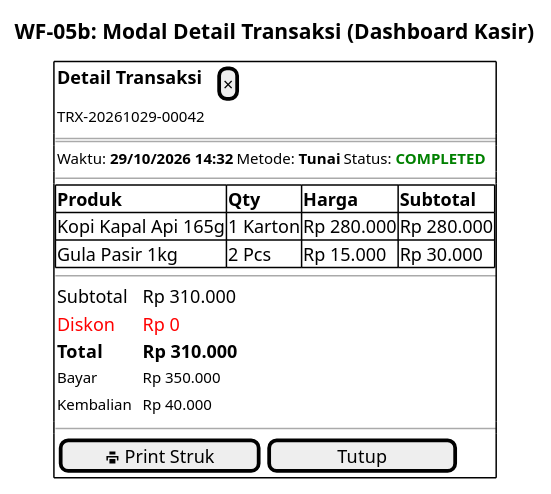
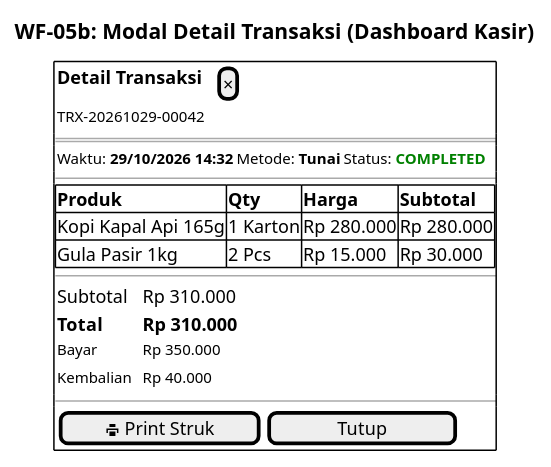
Before and after one commit to suragemilang-007/pos: the diagram in docs/plantuml/wireframe/WF-05b_modal_detail_transaksi.puml, drawn with PlantUML. The commit also changed 49 other files, not shown here.

```diff
--- a/docs/plantuml/wireframe/WF-05b_modal_detail_transaksi.puml
+++ b/docs/plantuml/wireframe/WF-05b_modal_detail_transaksi.puml
@@ -1,24 +1,23 @@
 @startsalt WF-05b_Modal_Detail_Transaksi
 ' Sumber: laravel-app/resources/views/kasir/dashboard.blade.php (#modal-detail)
 title WF-05b: Modal Detail Transaksi (Dashboard Kasir)
 {+
   { <b>Detail Transaksi | . | [×]
     <size:10>TRX-20261029-00042 | . | . }
   ==
   { <size:10>Waktu: <b>29/10/2026 14:32 | <size:10>Metode: <b>Tunai | <size:10>Status: <color:green><b>COMPLETED }
   --
   {#
     <b>Produk                       | <b>Qty         | <b>Harga     | <b>Subtotal
     Kopi Kapal Api 165g             | 1 Karton      | Rp 280.000   | Rp 280.000
     Gula Pasir 1kg                  | 2 Pcs         | Rp 15.000    | Rp 30.000
   }
   --
   { Subtotal       | . | Rp 310.000
-    <color:red>Diskon | . | <color:red>Rp 0
     <b>Total       | . | <b>Rp 310.000
     <size:10>Bayar     | . | <size:10>Rp 350.000
     <size:10>Kembalian | . | <size:10>Rp 40.000 }
   --
   { [ <&print> Print Struk ] | [     Tutup     ] }
 }
 @endsalt
```
